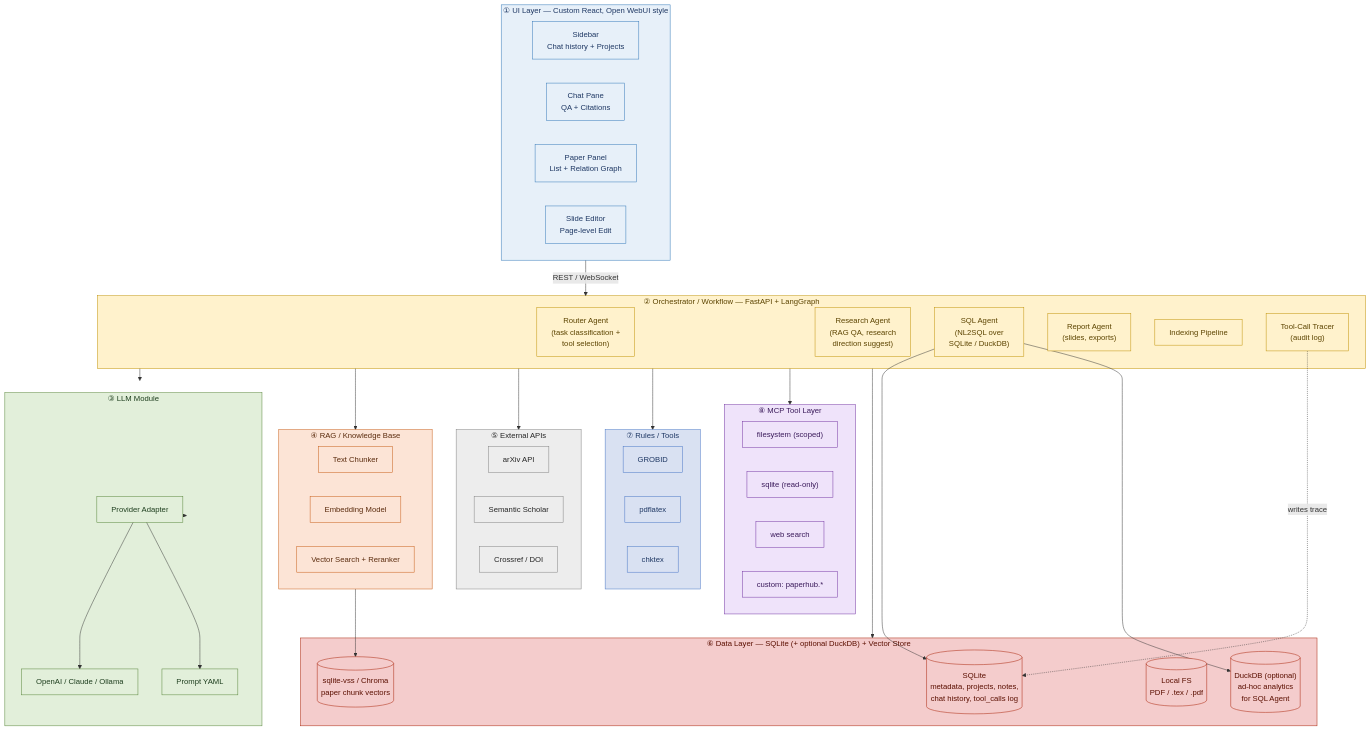
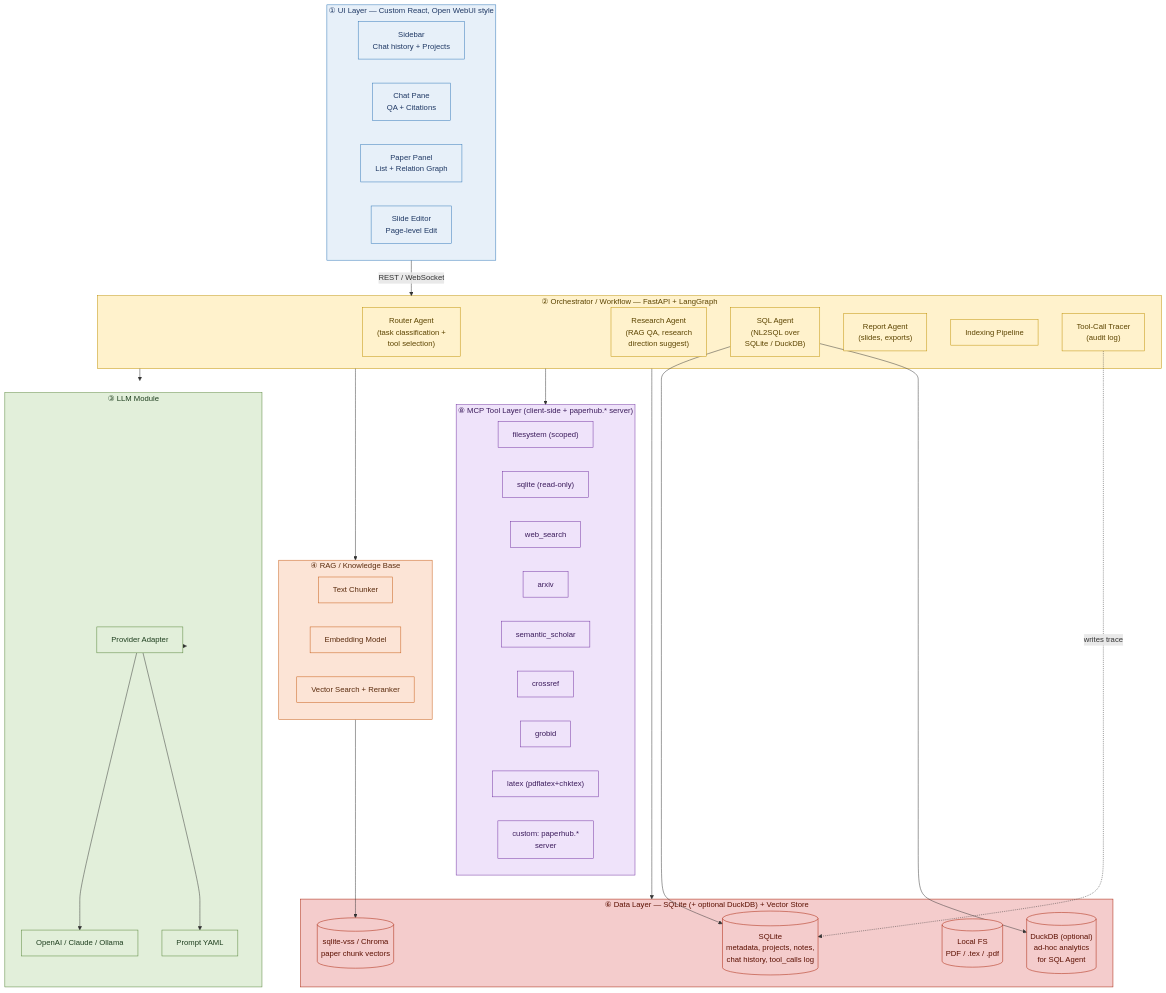
The first of 2 diagrams in docs/superpowers/specs/2026-05-17-paperhub-srs.md (whats2000/PaperHub), drawn with Mermaid before and after one commit. The commit also changed other lines of this file and 1 other file, not shown here.

````diff
--- a/docs/superpowers/specs/2026-05-17-paperhub-srs.md
+++ b/docs/superpowers/specs/2026-05-17-paperhub-srs.md
@@ -244,11 +245,16 @@
         O5["Tool-Call Tracer<br/>(audit log)"]
     end
 
-    subgraph MCP["⑧ MCP Tool Layer"]
+    subgraph MCP["⑧ MCP Tool Layer (client-side + paperhub.* server)"]
         M1["filesystem (scoped)"]
         M2["sqlite (read-only)"]
-        M3["web search"]
-        M4["custom: paperhub.*"]
+        M3["web_search"]
+        M4["arxiv"]
+        M5["semantic_scholar"]
+        M6["crossref"]
+        M7["grobid"]
+        M8["latex (pdflatex+chktex)"]
+        M9["custom: paperhub.*<br/>server"]
     end
 
     subgraph LLM["③ LLM Module"]
@@ -263,12 +269,6 @@
         R3["Vector Search + Reranker"]
     end
 
-    subgraph EXT["⑤ External APIs"]
-        E1["arXiv API"]
-        E2["Semantic Scholar"]
-        E3["Crossref / DOI"]
-    end
-
     subgraph DB["⑥ Data Layer — SQLite (+ optional DuckDB) + Vector Store"]
         D1[("SQLite<br/>metadata, projects, notes,<br/>chat history, tool_calls log")]
         D2[("sqlite-vss / Chroma<br/>paper chunk vectors")]
@@ -276,17 +276,9 @@
         D4[("DuckDB (optional)<br/>ad-hoc analytics<br/>for SQL Agent")]
     end
 
-    subgraph TOOL["⑦ Rules / Tools"]
-        T1["GROBID"]
-        T2["pdflatex"]
-        T3["chktex"]
-    end
-
     UI -- "REST / WebSocket" --> ORC
     ORC --> LLM
     ORC --> RAG
-    ORC --> EXT
-    ORC --> TOOL
     ORC --> MCP
     ORC --> DB
     O5 -. "writes trace" .-> D1
@@ -301,17 +293,13 @@
     classDef orc  fill:#FFF2CC,stroke:#BF8F00,color:#5C4400;
     classDef llm  fill:#E2EFDA,stroke:#548235,color:#1F3F1F;
     classDef rag  fill:#FCE4D6,stroke:#C65911,color:#5B2C0E;
-    classDef ext  fill:#EDEDED,stroke:#7F7F7F,color:#262626;
     classDef db   fill:#F4CCCC,stroke:#A61C00,color:#5B0F00;
-    classDef tool fill:#D9E1F2,stroke:#4472C4,color:#1F3864;
     classDef mcp  fill:#EFE3FA,stroke:#7030A0,color:#3B1B5B;
 
     class UI,U1,U2,U3,U4 ui
     class ORC,O0,O1,O2,O3,O4,O5 orc
     class LLM,L1,L2,L3 llm
     class RAG,R1,R2,R3 rag
-    class EXT,E1,E2,E3 ext
     class DB,D1,D2,D3,D4 db
-    class TOOL,T1,T2,T3 tool
-    class MCP,M1,M2,M3,M4 mcp
+    class MCP,M1,M2,M3,M4,M5,M6,M7,M8,M9 mcp
 ```
````
